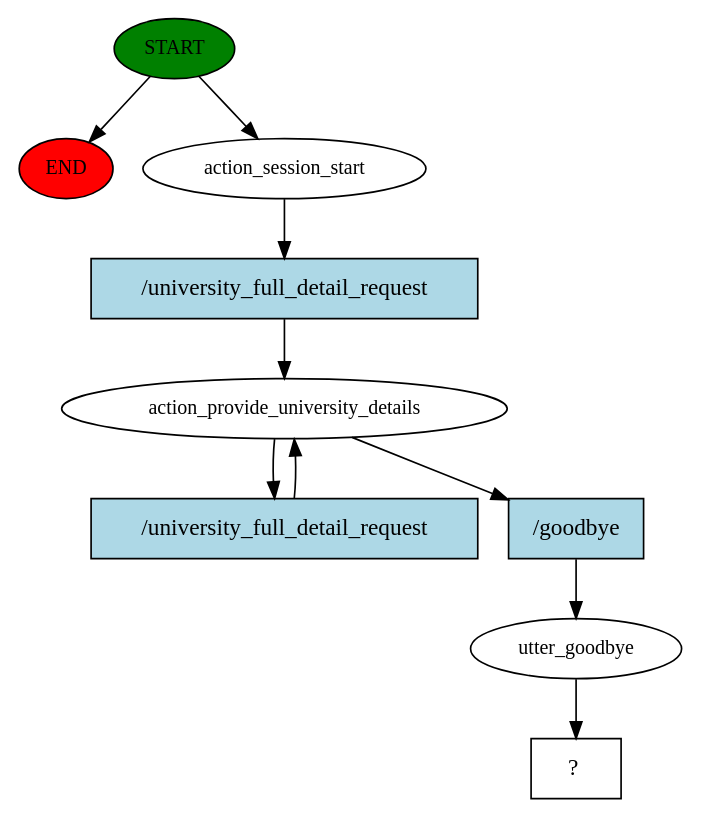
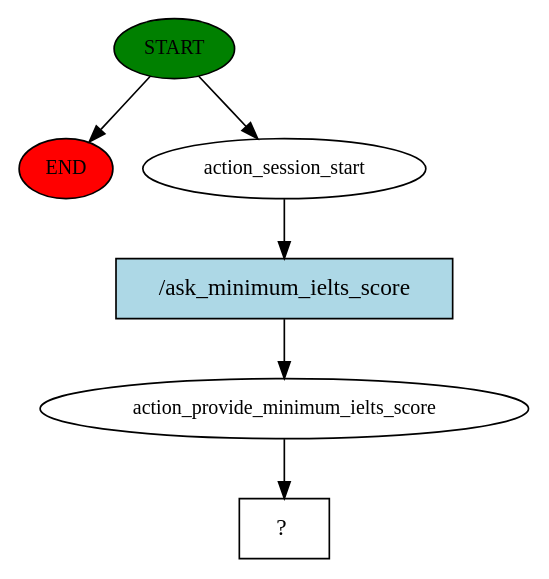
Before and after one commit to Althaf99/Recommendatoin_ChatBot: the diagram in story_graph.dot, drawn with Graphviz. The commit also changed 488 other files, not shown here.

```diff
--- a/story_graph.dot
+++ b/story_graph.dot
@@ -1,20 +1,13 @@
 digraph  {
 0 [class="start active", fillcolor=green, fontsize=12, label=START, style=filled];
 "-1" [class=end, fillcolor=red, fontsize=12, label=END, style=filled];
 1 [class=active, fontsize=12, label=action_session_start];
-2 [class=active, fontsize=12, label=action_provide_university_details];
-5 [class=active, fontsize=12, label=utter_goodbye];
-6 [class="intent dashed active", label="  ?  ", shape=rect];
-7 [class="intent active", fillcolor=lightblue, label="/university_full_detail_request", shape=rect, style=filled];
-8 [class="intent active", fillcolor=lightblue, label="/university_full_detail_request", shape=rect, style=filled];
-9 [class="intent active", fillcolor=lightblue, label="/goodbye", shape=rect, style=filled];
+2 [class=active, fontsize=12, label=action_provide_minimum_ielts_score];
+3 [class="intent dashed active", label="  ?  ", shape=rect];
+4 [class="intent active", fillcolor=lightblue, label="/ask_minimum_ielts_score", shape=rect, style=filled];
 0 -> "-1"  [class="", key=NONE, label=""];
 0 -> 1  [class=active, key=NONE, label=""];
-1 -> 7  [class=active, key=0];
-2 -> 8  [class=active, key=0];
-2 -> 9  [class=active, key=0];
-5 -> 6  [class=active, key=NONE, label=""];
-7 -> 2  [class=active, key=0];
-8 -> 2  [class=active, key=0];
-9 -> 5  [class=active, key=0];
+1 -> 4  [class=active, key=0];
+2 -> 3  [class=active, key=NONE, label=""];
+4 -> 2  [class=active, key=0];
 }
```
